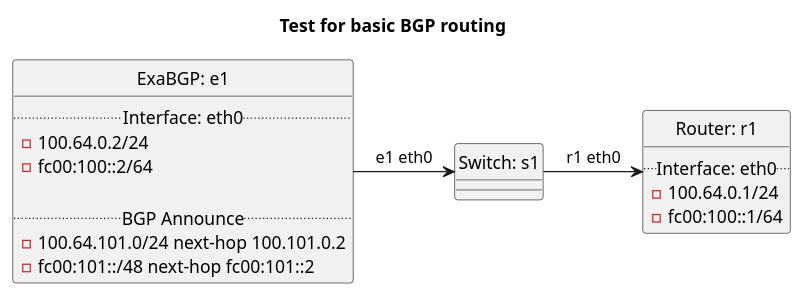
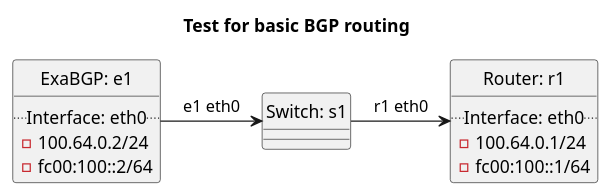
The diagram in tests/t40_bgp/t10_basic/README.md (oscdev-io/birdplan), drawn with PlantUML before and after one commit. The commit also changed other lines of this file and 1499 other files, not shown here.

````diff
--- a/tests/t40_bgp/t10_basic/README.md
+++ b/tests/t40_bgp/t10_basic/README.md
@@ -18,33 +18,29 @@
 ```plantuml
 @startuml
 hide circle
 title Test for basic BGP routing
 
 
 class "Router: r1" {
   .. Interface: eth0 ..
 - 100.64.0.1/24
 - fc00:100::1/64
 }
 
 
 class "ExaBGP: e1" {
   .. Interface: eth0 ..
 - 100.64.0.2/24
 - fc00:100::2/64
-
-  .. BGP Announce ..
-- 100.64.101.0/24 next-hop 100.101.0.2
-- fc00:101::/48 next-hop fc00:101::2
 }
 
 
 
 class "Switch: s1" {}
 
 "ExaBGP: e1" -> "Switch: s1": e1 eth0
 "Switch: s1" -> "Router: r1": r1 eth0
 
 
 @enduml
 ```
````
